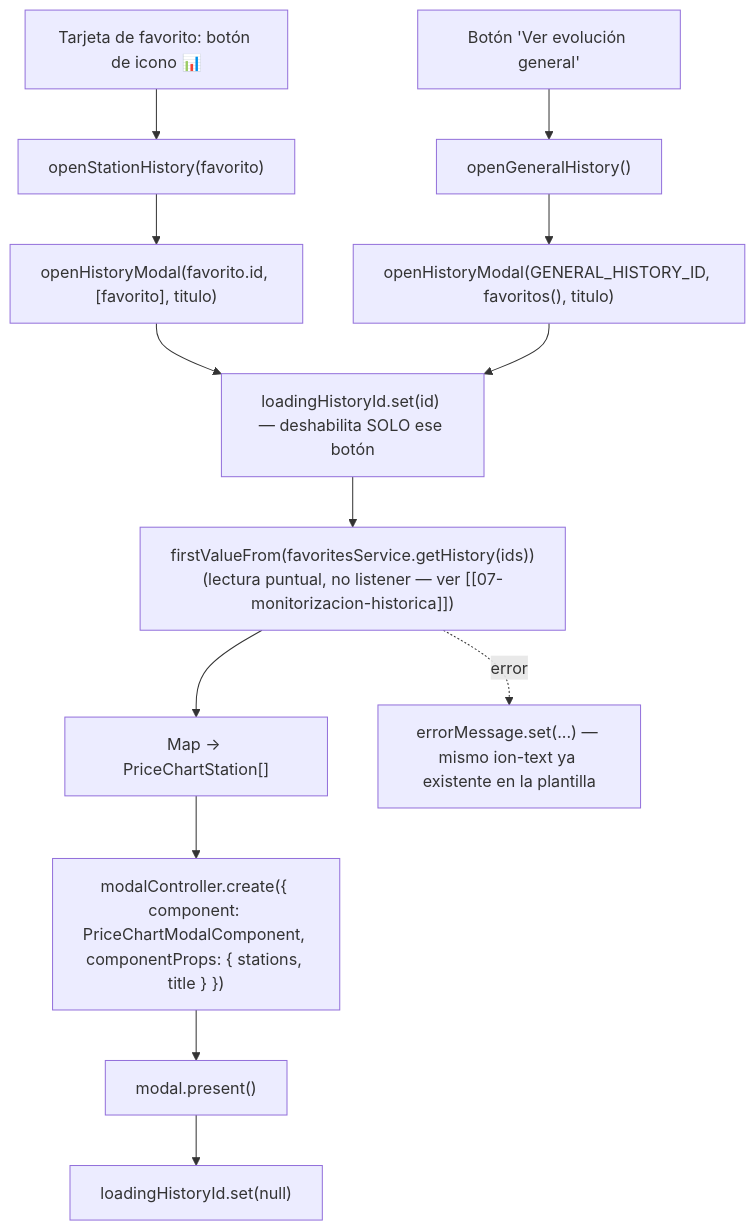
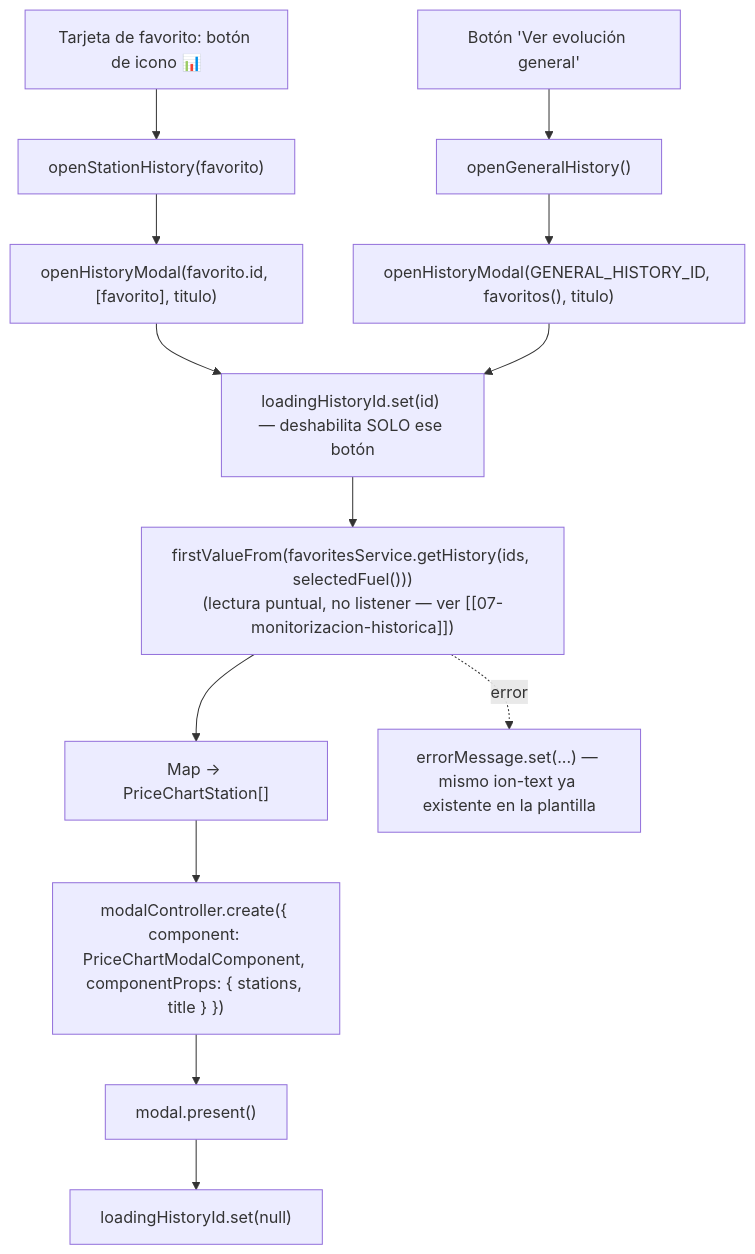
One commit to CarlosGarciaArenal/cheeky-oil changed the fourth of 5 diagrams in docs/features/07-monitorizacion-historica.md. Above: the diagram before and after it, drawn with Mermaid. The commit also changed other lines of this file and 5 other files, not shown here.

````diff
--- a/docs/features/07-monitorizacion-historica.md
+++ b/docs/features/07-monitorizacion-historica.md
@@ -149,19 +151,19 @@
 ```mermaid
 flowchart TD
     A["Tarjeta de favorito: botón de icono 📊"] --> B["openStationHistory(favorito)"]
     C["Botón 'Ver evolución general'"] --> D["openGeneralHistory()"]
 
     B --> E["openHistoryModal(favorito.id, [favorito], titulo)"]
     D --> F["openHistoryModal(GENERAL_HISTORY_ID, favoritos(), titulo)"]
 
     E --> G["loadingHistoryId.set(id) — deshabilita SOLO ese botón"]
     F --> G
 
-    G --> H["firstValueFrom(favoritesService.getHistory(ids))\n(lectura puntual, no listener — ver [[07-monitorizacion-historica]])"]
+    G --> H["firstValueFrom(favoritesService.getHistory(ids, selectedFuel()))\n(lectura puntual, no listener — ver [[07-monitorizacion-historica]])"]
     H --> I["Map<ideess, PriceHistoryPoint[]> → PriceChartStation[]"]
     I --> J["modalController.create({ component: PriceChartModalComponent, componentProps: { stations, title } })"]
     J --> K["modal.present()"]
     K --> L["loadingHistoryId.set(null)"]
 
     H -.->|"error"| M["errorMessage.set(...) — mismo ion-text ya existente en la plantilla"]
 ```
````
